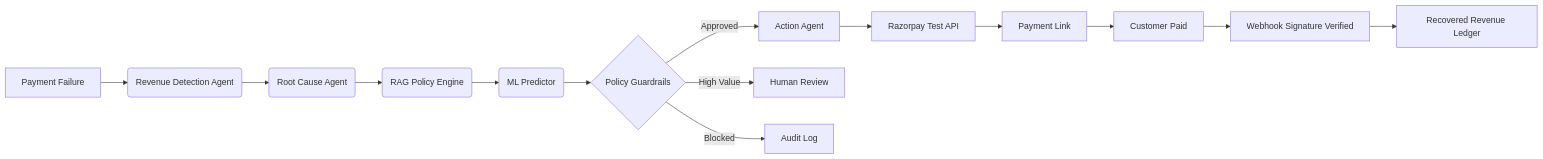
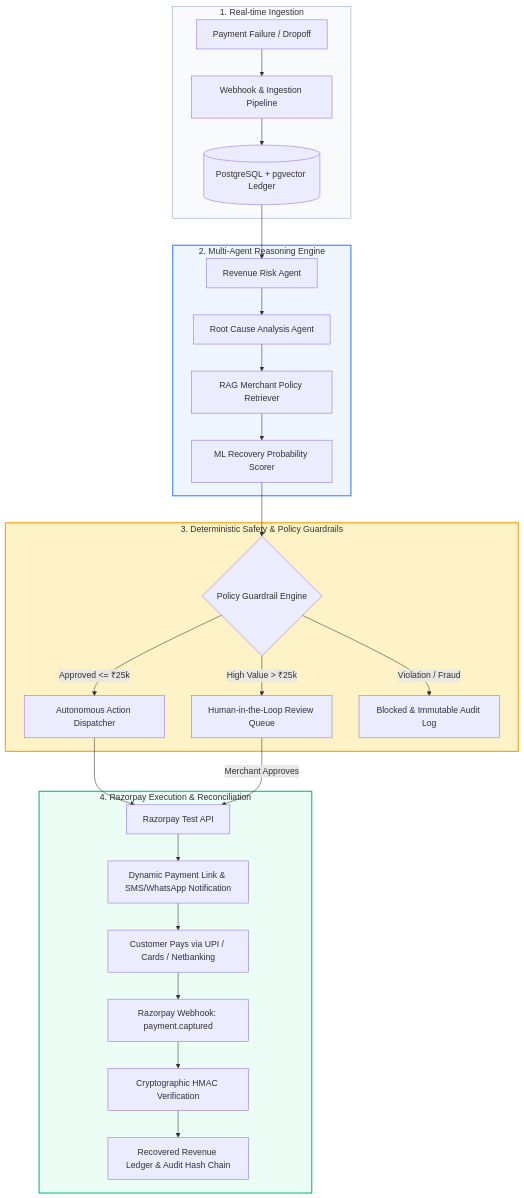
One commit to bhumitsoni20/RazorRecover-AI changed the diagram in README.md. Above: the diagram before and after it, drawn with Mermaid. The commit also changed other lines of this file, not shown here.

Commit message:
docs: revamp README with updated architecture diagrams, deployment links, and credentials

````diff
--- a/README.md
+++ b/README.md
@@ -48,16 +53,36 @@
 ```mermaid
-flowchart LR
-    A[Payment Failure] --> B(Revenue Detection Agent)
-    B --> C(Root Cause Agent)
-    C --> D(RAG Policy Engine)
-    D --> E(ML Predictor)
-    E --> F{Policy Guardrails}
-    F -->|Approved| G[Action Agent]
-    F -->|High Value| H[Human Review]
-    F -->|Blocked| I[Audit Log]
-    G --> J[Razorpay Test API]
-    J --> K[Payment Link]
-    K --> L[Customer Paid]
-    L --> M[Webhook Signature Verified]
-    M --> N[Recovered Revenue Ledger]
+flowchart TD
+    subgraph Ingestion["1. Real-time Ingestion"]
+        A[Payment Failure / Dropoff] --> B[Webhook & Ingestion Pipeline]
+        B --> C[(PostgreSQL + pgvector Ledger)]
+    end
+
+    subgraph Intelligence["2. Multi-Agent Reasoning Engine"]
+        C --> D[Revenue Risk Agent]
+        D --> E[Root Cause Analysis Agent]
+        E --> F[RAG Merchant Policy Retriever]
+        F --> G[ML Recovery Probability Scorer]
+    end
+
+    subgraph Governance["3. Deterministic Safety & Policy Guardrails"]
+        G --> H{Policy Guardrail Engine}
+        H -->|Approved <= ₹25k| I[Autonomous Action Dispatcher]
+        H -->|High Value > ₹25k| J[Human-in-the-Loop Review Queue]
+        H -->|Violation / Fraud| K[Blocked & Immutable Audit Log]
+    end
+
+    subgraph Execution["4. Razorpay Execution & Reconciliation"]
+        I --> L[Razorpay Test API]
+        J -->|Merchant Approves| L
+        L --> M[Dynamic Payment Link & SMS/WhatsApp Notification]
+        M --> N[Customer Pays via UPI / Cards / Netbanking]
+        N --> O[Razorpay Webhook: payment.captured]
+        O --> P[Cryptographic HMAC Verification]
+        P --> Q[Recovered Revenue Ledger & Audit Hash Chain]
+    end
+
+    style Ingestion fill:#f8fafc,stroke:#94a3b8,stroke-width:1px
+    style Intelligence fill:#eff6ff,stroke:#3b82f6,stroke-width:2px
+    style Governance fill:#fef3c7,stroke:#f59e0b,stroke-width:2px
+    style Execution fill:#ecfdf5,stroke:#10b981,stroke-width:2px
 ```
````
